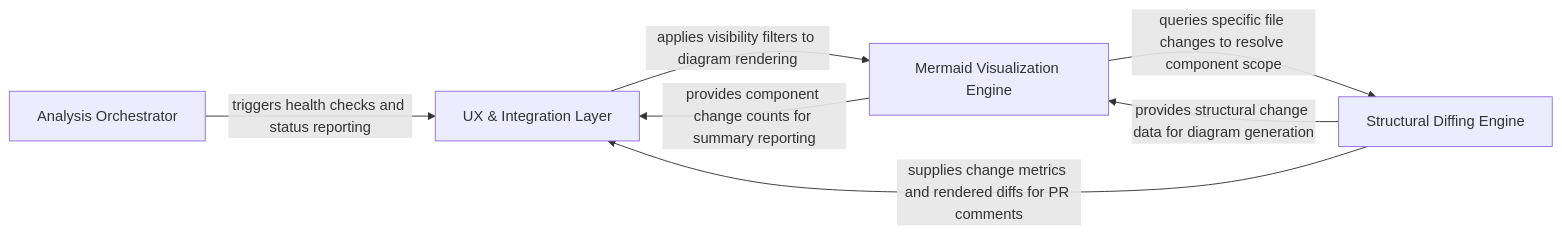
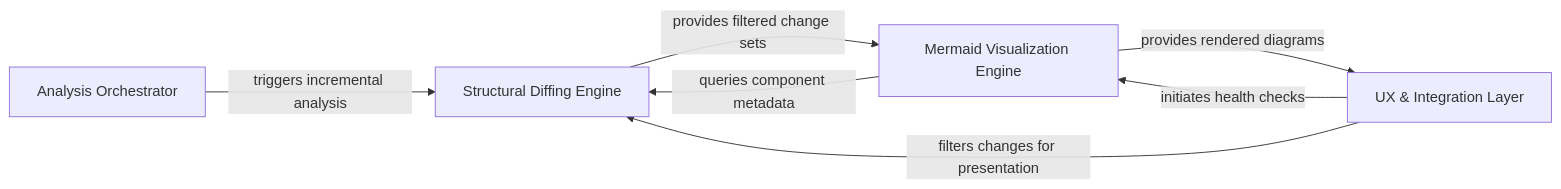
Before and after one commit to CodeBoarding/CodeBoarding-action: the diagram in .codeboarding/overview.md, drawn with Mermaid. The commit also changed other lines of this file and 10 other files, not shown here.

Commit message:
chore(codeboarding): sync architecture baseline

````diff
--- a/.codeboarding/overview.md
+++ b/.codeboarding/overview.md
@@ -1,17 +1,17 @@
 ```mermaid
 graph LR
     Analysis_Orchestrator["Analysis Orchestrator"]
     Structural_Diffing_Engine["Structural Diffing Engine"]
     Mermaid_Visualization_Engine["Mermaid Visualization Engine"]
     UX_Integration_Layer["UX & Integration Layer"]
-    Analysis_Orchestrator -- "triggers health checks and status reporting" --> UX_Integration_Layer
-    Structural_Diffing_Engine -- "provides structural change data for diagram generation" --> Mermaid_Visualization_Engine
-    Structural_Diffing_Engine -- "supplies change metrics and rendered diffs for PR comments" --> UX_Integration_Layer
-    Mermaid_Visualization_Engine -- "queries specific file changes to resolve component scope" --> Structural_Diffing_Engine
-    Mermaid_Visualization_Engine -- "provides component change counts for summary reporting" --> UX_Integration_Layer
-    UX_Integration_Layer -- "applies visibility filters to diagram rendering" --> Mermaid_Visualization_Engine
+    Analysis_Orchestrator -- "triggers incremental analysis" --> Structural_Diffing_Engine
+    Structural_Diffing_Engine -- "provides filtered change sets" --> Mermaid_Visualization_Engine
+    Mermaid_Visualization_Engine -- "queries component metadata" --> Structural_Diffing_Engine
+    Mermaid_Visualization_Engine -- "provides rendered diagrams" --> UX_Integration_Layer
+    UX_Integration_Layer -- "filters changes for presentation" --> Structural_Diffing_Engine
+    UX_Integration_Layer -- "initiates health checks" --> Mermaid_Visualization_Engine
     click Analysis_Orchestrator href "https://github.com/CodeBoarding/CodeBoarding-action/blob/main/.codeboarding/Analysis_Orchestrator.md" "Details"
     click Structural_Diffing_Engine href "https://github.com/CodeBoarding/CodeBoarding-action/blob/main/.codeboarding/Structural_Diffing_Engine.md" "Details"
     click Mermaid_Visualization_Engine href "https://github.com/CodeBoarding/CodeBoarding-action/blob/main/.codeboarding/Mermaid_Visualization_Engine.md" "Details"
     click UX_Integration_Layer href "https://github.com/CodeBoarding/CodeBoarding-action/blob/main/.codeboarding/UX_Integration_Layer.md" "Details"
 ```
````
